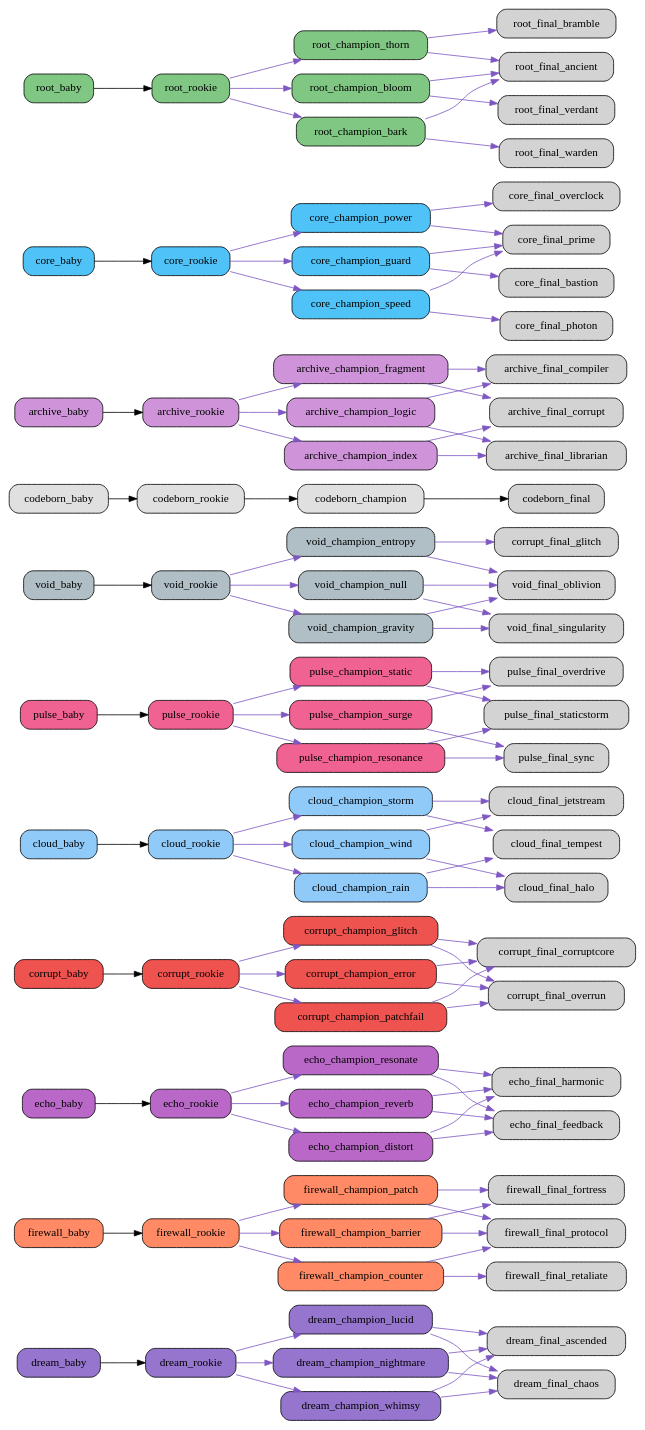
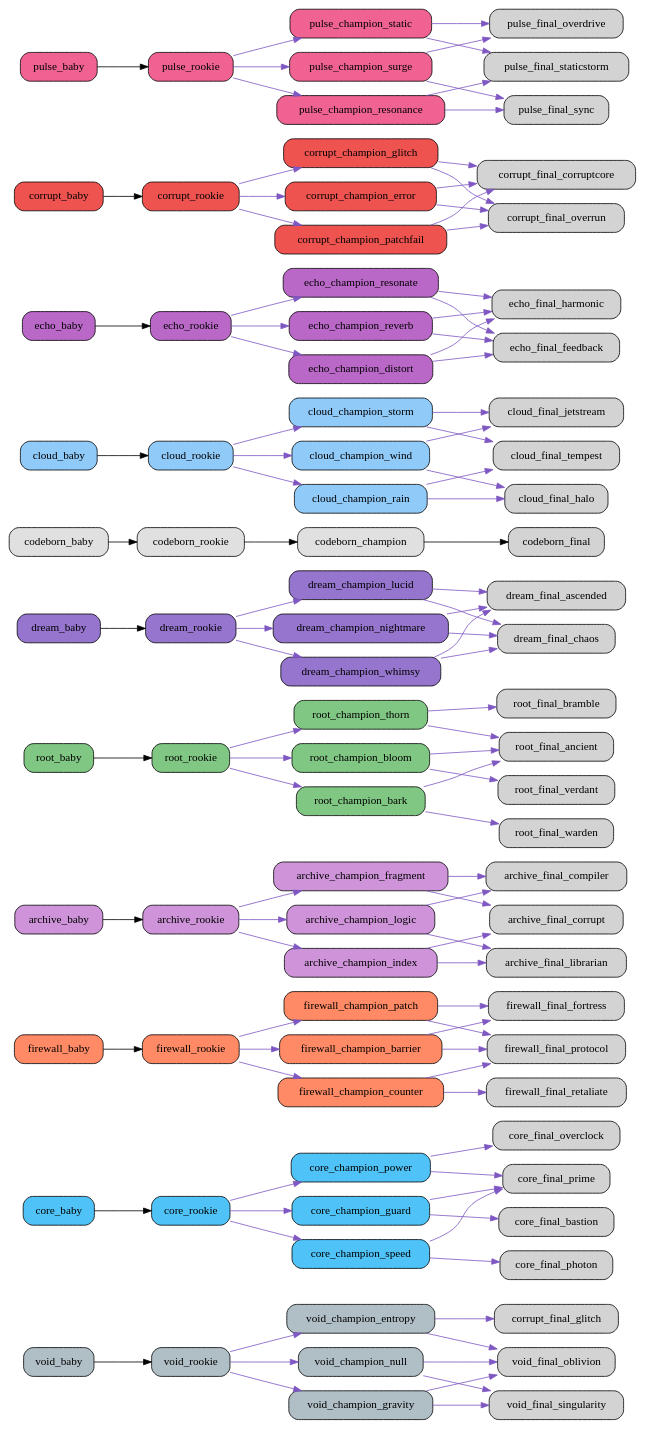
Before and after one commit to bwlight/NetGrid: the diagram in src/netgrid/systems/evolution/graphs/full/evolution_graph.dot, drawn with Graphviz. The commit also changed other lines of this file and 30 other files, not shown here.

Commit message:
Auto-update evolution graphs

```diff
--- a/src/netgrid/systems/evolution/graphs/full/evolution_graph.dot
+++ b/src/netgrid/systems/evolution/graphs/full/evolution_graph.dot
@@ -1,6 +1,81 @@
 digraph EvolutionTree {
   rankdir=LR;
   node [shape=box, style="rounded,filled"];
+  "void_baby" [fillcolor="#b0bec5"];
+  "void_baby" -> "void_rookie";
+  "void_rookie" [fillcolor="#b0bec5"];
+  "void_rookie" -> "void_champion_entropy" [color="#7e57c2"];
+  "void_rookie" -> "void_champion_gravity" [color="#7e57c2"];
+  "void_rookie" -> "void_champion_null" [color="#7e57c2"];
+  "void_champion_entropy" [fillcolor="#b0bec5"];
+  "void_champion_entropy" -> "corrupt_final_glitch" [color="#7e57c2"];
+  "void_champion_entropy" -> "void_final_oblivion" [color="#7e57c2"];
+  "void_champion_gravity" [fillcolor="#b0bec5"];
+  "void_champion_gravity" -> "void_final_singularity" [color="#7e57c2"];
+  "void_champion_gravity" -> "void_final_oblivion" [color="#7e57c2"];
+  "void_champion_null" [fillcolor="#b0bec5"];
+  "void_champion_null" -> "void_final_oblivion" [color="#7e57c2"];
+  "void_champion_null" -> "void_final_singularity" [color="#7e57c2"];
+  "core_baby" [fillcolor="#4fc3f7"];
+  "core_baby" -> "core_rookie";
+  "core_rookie" [fillcolor="#4fc3f7"];
+  "core_rookie" -> "core_champion_power" [color="#7e57c2"];
+  "core_rookie" -> "core_champion_guard" [color="#7e57c2"];
+  "core_rookie" -> "core_champion_speed" [color="#7e57c2"];
+  "core_champion_power" [fillcolor="#4fc3f7"];
+  "core_champion_power" -> "core_final_overclock" [color="#7e57c2"];
+  "core_champion_power" -> "core_final_prime" [color="#7e57c2"];
+  "core_champion_guard" [fillcolor="#4fc3f7"];
+  "core_champion_guard" -> "core_final_bastion" [color="#7e57c2"];
+  "core_champion_guard" -> "core_final_prime" [color="#7e57c2"];
+  "core_champion_speed" [fillcolor="#4fc3f7"];
+  "core_champion_speed" -> "core_final_photon" [color="#7e57c2"];
+  "core_champion_speed" -> "core_final_prime" [color="#7e57c2"];
+  "firewall_baby" [fillcolor="#ff8a65"];
+  "firewall_baby" -> "firewall_rookie";
+  "firewall_rookie" [fillcolor="#ff8a65"];
+  "firewall_rookie" -> "firewall_champion_barrier" [color="#7e57c2"];
+  "firewall_rookie" -> "firewall_champion_counter" [color="#7e57c2"];
+  "firewall_rookie" -> "firewall_champion_patch" [color="#7e57c2"];
+  "firewall_champion_barrier" [fillcolor="#ff8a65"];
+  "firewall_champion_barrier" -> "firewall_final_fortress" [color="#7e57c2"];
+  "firewall_champion_barrier" -> "firewall_final_protocol" [color="#7e57c2"];
+  "firewall_champion_counter" [fillcolor="#ff8a65"];
+  "firewall_champion_counter" -> "firewall_final_retaliate" [color="#7e57c2"];
+  "firewall_champion_counter" -> "firewall_final_protocol" [color="#7e57c2"];
+  "firewall_champion_patch" [fillcolor="#ff8a65"];
+  "firewall_champion_patch" -> "firewall_final_protocol" [color="#7e57c2"];
+  "firewall_champion_patch" -> "firewall_final_fortress" [color="#7e57c2"];
+  "archive_baby" [fillcolor="#ce93d8"];
+  "archive_baby" -> "archive_rookie";
+  "archive_rookie" [fillcolor="#ce93d8"];
+  "archive_rookie" -> "archive_champion_logic" [color="#7e57c2"];
+  "archive_rookie" -> "archive_champion_index" [color="#7e57c2"];
+  "archive_rookie" -> "archive_champion_fragment" [color="#7e57c2"];
+  "archive_champion_logic" [fillcolor="#ce93d8"];
+  "archive_champion_logic" -> "archive_final_compiler" [color="#7e57c2"];
+  "archive_champion_logic" -> "archive_final_librarian" [color="#7e57c2"];
+  "archive_champion_index" [fillcolor="#ce93d8"];
+  "archive_champion_index" -> "archive_final_librarian" [color="#7e57c2"];
+  "archive_champion_index" -> "archive_final_corrupt" [color="#7e57c2"];
+  "archive_champion_fragment" [fillcolor="#ce93d8"];
+  "archive_champion_fragment" -> "archive_final_corrupt" [color="#7e57c2"];
+  "archive_champion_fragment" -> "archive_final_compiler" [color="#7e57c2"];
+  "root_baby" [fillcolor="#81c784"];
+  "root_baby" -> "root_rookie";
+  "root_rookie" [fillcolor="#81c784"];
+  "root_rookie" -> "root_champion_thorn" [color="#7e57c2"];
+  "root_rookie" -> "root_champion_bloom" [color="#7e57c2"];
+  "root_rookie" -> "root_champion_bark" [color="#7e57c2"];
+  "root_champion_thorn" [fillcolor="#81c784"];
+  "root_champion_thorn" -> "root_final_bramble" [color="#7e57c2"];
+  "root_champion_thorn" -> "root_final_ancient" [color="#7e57c2"];
+  "root_champion_bloom" [fillcolor="#81c784"];
+  "root_champion_bloom" -> "root_final_ancient" [color="#7e57c2"];
+  "root_champion_bloom" -> "root_final_verdant" [color="#7e57c2"];
+  "root_champion_bark" [fillcolor="#81c784"];
+  "root_champion_bark" -> "root_final_warden" [color="#7e57c2"];
+  "root_champion_bark" -> "root_final_ancient" [color="#7e57c2"];
   "dream_baby" [fillcolor="#9575cd"];
   "dream_baby" -> "dream_rookie";
   "dream_rookie" [fillcolor="#9575cd"];
@@ -16,21 +91,27 @@
   "dream_champion_whimsy" [fillcolor="#9575cd"];
   "dream_champion_whimsy" -> "dream_final_ascended" [color="#7e57c2"];
   "dream_champion_whimsy" -> "dream_final_chaos" [color="#7e57c2"];
-  "firewall_baby" [fillcolor="#ff8a65"];
-  "firewall_baby" -> "firewall_rookie";
-  "firewall_rookie" [fillcolor="#ff8a65"];
-  "firewall_rookie" -> "firewall_champion_barrier" [color="#7e57c2"];
-  "firewall_rookie" -> "firewall_champion_counter" [color="#7e57c2"];
-  "firewall_rookie" -> "firewall_champion_patch" [color="#7e57c2"];
-  "firewall_champion_barrier" [fillcolor="#ff8a65"];
-  "firewall_champion_barrier" -> "firewall_final_fortress" [color="#7e57c2"];
-  "firewall_champion_barrier" -> "firewall_final_protocol" [color="#7e57c2"];
-  "firewall_champion_counter" [fillcolor="#ff8a65"];
-  "firewall_champion_counter" -> "firewall_final_retaliate" [color="#7e57c2"];
-  "firewall_champion_counter" -> "firewall_final_protocol" [color="#7e57c2"];
-  "firewall_champion_patch" [fillcolor="#ff8a65"];
-  "firewall_champion_patch" -> "firewall_final_protocol" [color="#7e57c2"];
-  "firewall_champion_patch" -> "firewall_final_fortress" [color="#7e57c2"];
+  "codeborn_baby" [fillcolor="#e0e0e0"];
+  "codeborn_baby" -> "codeborn_rookie";
+  "codeborn_rookie" [fillcolor="#e0e0e0"];
+  "codeborn_rookie" -> "codeborn_champion";
+  "codeborn_champion" [fillcolor="#e0e0e0"];
+  "codeborn_champion" -> "codeborn_final";
+  "cloud_baby" [fillcolor="#90caf9"];
+  "cloud_baby" -> "cloud_rookie";
+  "cloud_rookie" [fillcolor="#90caf9"];
+  "cloud_rookie" -> "cloud_champion_wind" [color="#7e57c2"];
+  "cloud_rookie" -> "cloud_champion_rain" [color="#7e57c2"];
+  "cloud_rookie" -> "cloud_champion_storm" [color="#7e57c2"];
+  "cloud_champion_wind" [fillcolor="#90caf9"];
+  "cloud_champion_wind" -> "cloud_final_jetstream" [color="#7e57c2"];
+  "cloud_champion_wind" -> "cloud_final_halo" [color="#7e57c2"];
+  "cloud_champion_rain" [fillcolor="#90caf9"];
+  "cloud_champion_rain" -> "cloud_final_halo" [color="#7e57c2"];
+  "cloud_champion_rain" -> "cloud_final_tempest" [color="#7e57c2"];
+  "cloud_champion_storm" [fillcolor="#90caf9"];
+  "cloud_champion_storm" -> "cloud_final_tempest" [color="#7e57c2"];
+  "cloud_champion_storm" -> "cloud_final_jetstream" [color="#7e57c2"];
   "echo_baby" [fillcolor="#ba68c8"];
   "echo_baby" -> "echo_rookie";
   "echo_rookie" [fillcolor="#ba68c8"];
@@ -61,21 +142,6 @@
   "corrupt_champion_patchfail" [fillcolor="#ef5350"];
   "corrupt_champion_patchfail" -> "corrupt_final_corruptcore" [color="#7e57c2"];
   "corrupt_champion_patchfail" -> "corrupt_final_overrun" [color="#7e57c2"];
-  "cloud_baby" [fillcolor="#90caf9"];
-  "cloud_baby" -> "cloud_rookie";
-  "cloud_rookie" [fillcolor="#90caf9"];
-  "cloud_rookie" -> "cloud_champion_wind" [color="#7e57c2"];
-  "cloud_rookie" -> "cloud_champion_rain" [color="#7e57c2"];
-  "cloud_rookie" -> "cloud_champion_storm" [color="#7e57c2"];
-  "cloud_champion_wind" [fillcolor="#90caf9"];
-  "cloud_champion_wind" -> "cloud_final_jetstream" [color="#7e57c2"];
-  "cloud_champion_wind" -> "cloud_final_halo" [color="#7e57c2"];
-  "cloud_champion_rain" [fillcolor="#90caf9"];
-  "cloud_champion_rain" -> "cloud_final_halo" [color="#7e57c2"];
-  "cloud_champion_rain" -> "cloud_final_tempest" [color="#7e57c2"];
-  "cloud_champion_storm" [fillcolor="#90caf9"];
-  "cloud_champion_storm" -> "cloud_final_tempest" [color="#7e57c2"];
-  "cloud_champion_storm" -> "cloud_final_jetstream" [color="#7e57c2"];
   "pulse_baby" [fillcolor="#f06292"];
   "pulse_baby" -> "pulse_rookie";
   "pulse_rookie" [fillcolor="#f06292"];
@@ -91,70 +157,4 @@
   "pulse_champion_static" [fillcolor="#f06292"];
   "pulse_champion_static" -> "pulse_final_staticstorm" [color="#7e57c2"];
   "pulse_champion_static" -> "pulse_final_overdrive" [color="#7e57c2"];
-  "void_baby" [fillcolor="#b0bec5"];
-  "void_baby" -> "void_rookie";
-  "void_rookie" [fillcolor="#b0bec5"];
-  "void_rookie" -> "void_champion_entropy" [color="#7e57c2"];
-  "void_rookie" -> "void_champion_gravity" [color="#7e57c2"];
-  "void_rookie" -> "void_champion_null" [color="#7e57c2"];
-  "void_champion_entropy" [fillcolor="#b0bec5"];
-  "void_champion_entropy" -> "corrupt_final_glitch" [color="#7e57c2"];
-  "void_champion_entropy" -> "void_final_oblivion" [color="#7e57c2"];
-  "void_champion_gravity" [fillcolor="#b0bec5"];
-  "void_champion_gravity" -> "void_final_singularity" [color="#7e57c2"];
-  "void_champion_gravity" -> "void_final_oblivion" [color="#7e57c2"];
-  "void_champion_null" [fillcolor="#b0bec5"];
-  "void_champion_null" -> "void_final_oblivion" [color="#7e57c2"];
-  "void_champion_null" -> "void_final_singularity" [color="#7e57c2"];
-  "codeborn_baby" [fillcolor="#e0e0e0"];
-  "codeborn_baby" -> "codeborn_rookie";
-  "codeborn_rookie" [fillcolor="#e0e0e0"];
-  "codeborn_rookie" -> "codeborn_champion";
-  "codeborn_champion" [fillcolor="#e0e0e0"];
-  "codeborn_champion" -> "codeborn_final";
-  "archive_baby" [fillcolor="#ce93d8"];
-  "archive_baby" -> "archive_rookie";
-  "archive_rookie" [fillcolor="#ce93d8"];
-  "archive_rookie" -> "archive_champion_logic" [color="#7e57c2"];
-  "archive_rookie" -> "archive_champion_index" [color="#7e57c2"];
-  "archive_rookie" -> "archive_champion_fragment" [color="#7e57c2"];
-  "archive_champion_logic" [fillcolor="#ce93d8"];
-  "archive_champion_logic" -> "archive_final_compiler" [color="#7e57c2"];
-  "archive_champion_logic" -> "archive_final_librarian" [color="#7e57c2"];
-  "archive_champion_index" [fillcolor="#ce93d8"];
-  "archive_champion_index" -> "archive_final_librarian" [color="#7e57c2"];
-  "archive_champion_index" -> "archive_final_corrupt" [color="#7e57c2"];
-  "archive_champion_fragment" [fillcolor="#ce93d8"];
-  "archive_champion_fragment" -> "archive_final_corrupt" [color="#7e57c2"];
-  "archive_champion_fragment" -> "archive_final_compiler" [color="#7e57c2"];
-  "core_baby" [fillcolor="#4fc3f7"];
-  "core_baby" -> "core_rookie";
-  "core_rookie" [fillcolor="#4fc3f7"];
-  "core_rookie" -> "core_champion_power" [color="#7e57c2"];
-  "core_rookie" -> "core_champion_guard" [color="#7e57c2"];
-  "core_rookie" -> "core_champion_speed" [color="#7e57c2"];
-  "core_champion_power" [fillcolor="#4fc3f7"];
-  "core_champion_power" -> "core_final_overclock" [color="#7e57c2"];
-  "core_champion_power" -> "core_final_prime" [color="#7e57c2"];
-  "core_champion_guard" [fillcolor="#4fc3f7"];
-  "core_champion_guard" -> "core_final_bastion" [color="#7e57c2"];
-  "core_champion_guard" -> "core_final_prime" [color="#7e57c2"];
-  "core_champion_speed" [fillcolor="#4fc3f7"];
-  "core_champion_speed" -> "core_final_photon" [color="#7e57c2"];
-  "core_champion_speed" -> "core_final_prime" [color="#7e57c2"];
-  "root_baby" [fillcolor="#81c784"];
-  "root_baby" -> "root_rookie";
-  "root_rookie" [fillcolor="#81c784"];
-  "root_rookie" -> "root_champion_thorn" [color="#7e57c2"];
-  "root_rookie" -> "root_champion_bloom" [color="#7e57c2"];
-  "root_rookie" -> "root_champion_bark" [color="#7e57c2"];
-  "root_champion_thorn" [fillcolor="#81c784"];
-  "root_champion_thorn" -> "root_final_bramble" [color="#7e57c2"];
-  "root_champion_thorn" -> "root_final_ancient" [color="#7e57c2"];
-  "root_champion_bloom" [fillcolor="#81c784"];
-  "root_champion_bloom" -> "root_final_ancient" [color="#7e57c2"];
-  "root_champion_bloom" -> "root_final_verdant" [color="#7e57c2"];
-  "root_champion_bark" [fillcolor="#81c784"];
-  "root_champion_bark" -> "root_final_warden" [color="#7e57c2"];
-  "root_champion_bark" -> "root_final_ancient" [color="#7e57c2"];
 }
```
